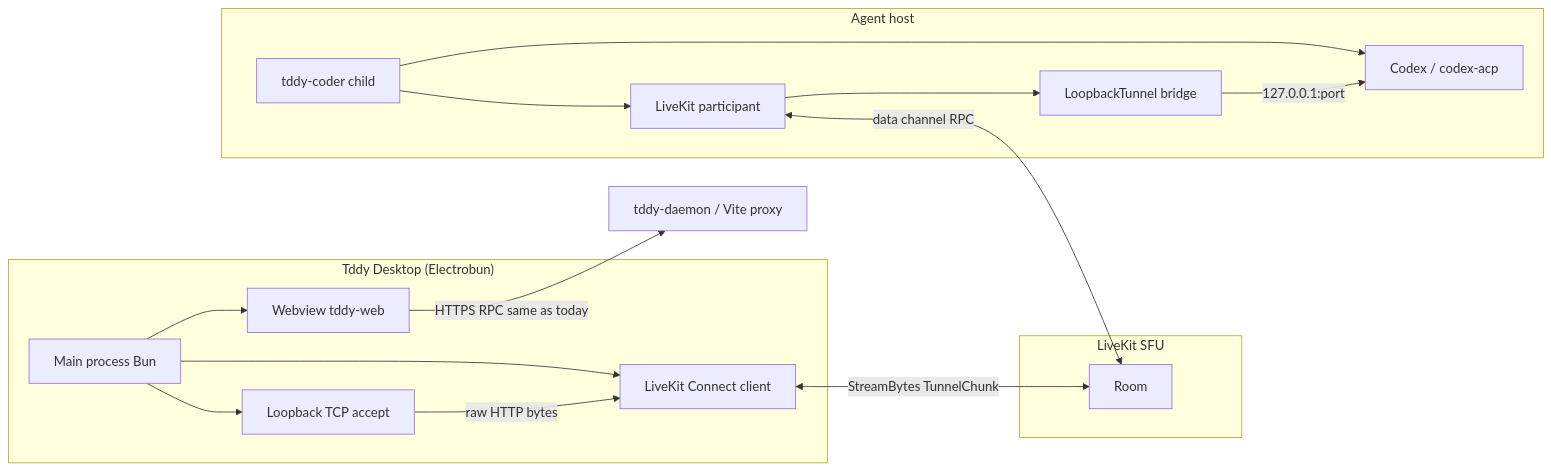
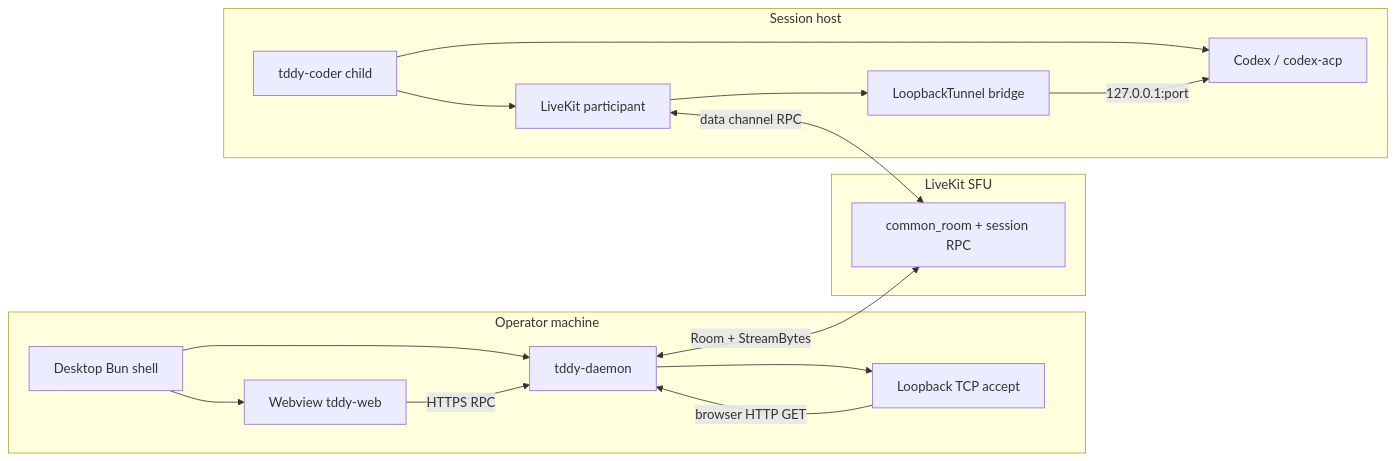
Before and after one commit to uppin/tddy-coder: the diagram in docs/ft/desktop/tddy-desktop-electrobun.md, drawn with Mermaid. The commit also changed other lines of this file and 13 other files, not shown here.

````diff
--- a/docs/ft/desktop/tddy-desktop-electrobun.md
+++ b/docs/ft/desktop/tddy-desktop-electrobun.md
@@ -39,29 +40,29 @@
 ```mermaid
 flowchart LR
-  subgraph desktop["Tddy Desktop (Electrobun)"]
-    MP[Main process Bun]
+  subgraph desktop["Operator machine"]
+    MP[Desktop Bun shell]
     WV[Webview tddy-web]
+    DMN[tddy-daemon]
     TCP[Loopback TCP accept]
-    LK_C[LiveKit Connect client]
     MP --> WV
-    MP --> TCP
-    MP --> LK_C
+    MP --> DMN
+    DMN --> TCP
   end
   subgraph cloud["LiveKit SFU"]
-    ROOM[Room]
+    ROOM[common_room + session RPC]
   end
-  subgraph agent["Agent host"]
+  subgraph agent["Session host"]
     TC[tddy-coder child]
     CX[Codex / codex-acp]
     LK_S[LiveKit participant]
     BR[LoopbackTunnel bridge]
     TC --> CX
     TC --> LK_S
     LK_S --> BR
     BR -->|127.0.0.1:port| CX
   end
-  WV -->|HTTPS RPC same as today| DMN[tddy-daemon / Vite proxy]
+  WV -->|HTTPS RPC| DMN
+  DMN <-->|Room + StreamBytes| ROOM
   LK_S <-->|data channel RPC| ROOM
-  LK_C <-->|StreamBytes TunnelChunk| ROOM
-  TCP -->|raw HTTP bytes| LK_C
+  TCP -->|browser HTTP GET| DMN
 ```
````
